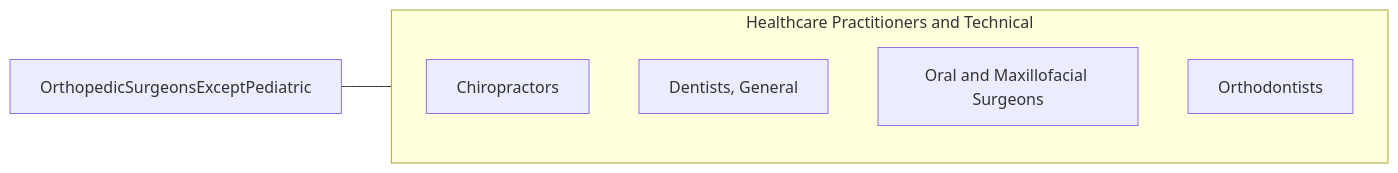
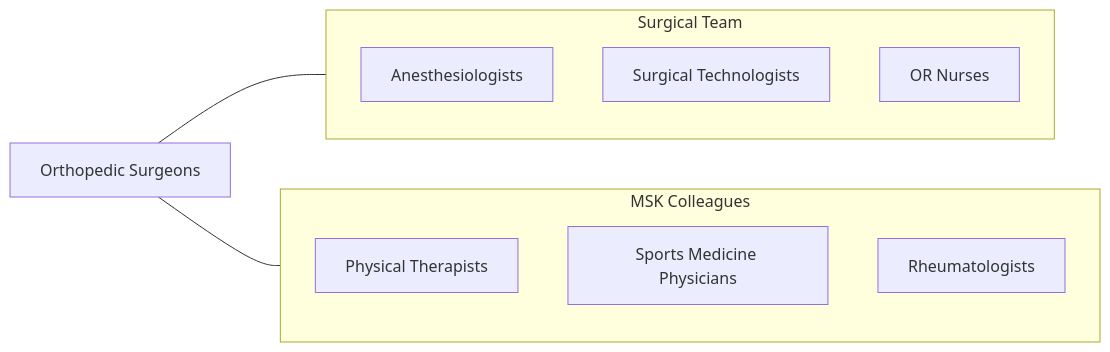
The fourth of 4 diagrams in occupations/HealthcarePractitioners/OrthopedicSurgeonsExceptPediatric.mdx (kziemski/business.org.ai), drawn with Mermaid before and after one commit. The commit also changed other lines of this file and 938 other files, not shown here.

````diff
--- a/occupations/HealthcarePractitioners/OrthopedicSurgeonsExceptPediatric.mdx
+++ b/occupations/HealthcarePractitioners/OrthopedicSurgeonsExceptPediatric.mdx
@@ -122,13 +189,19 @@
 ```mermaid
 graph LR
-    Current["OrthopedicSurgeonsExceptPediatric"]
+    Current["Orthopedic Surgeons"]
 
-    subgraph SameCategory["Healthcare Practitioners and Technical"]
-        Chiropractors["Chiropractors"]
-        DentistsGeneral["Dentists, General"]
-        OralAndMaxillofacial["Oral and Maxillofacial Surgeons"]
-        Orthodontists["Orthodontists"]
+    subgraph SurgicalTeam["Surgical Team"]
+        Anesthesiologists["Anesthesiologists"]
+        SurgTechs["Surgical Technologists"]
+        ORNurses["OR Nurses"]
     end
 
-    Current --- SameCategory
+    subgraph MSKTeam["MSK Colleagues"]
+        PTs["Physical Therapists"]
+        SportsMed["Sports Medicine Physicians"]
+        Rheumatologists["Rheumatologists"]
+    end
+
+    Current --- SurgicalTeam
+    Current --- MSKTeam
 ```
````
